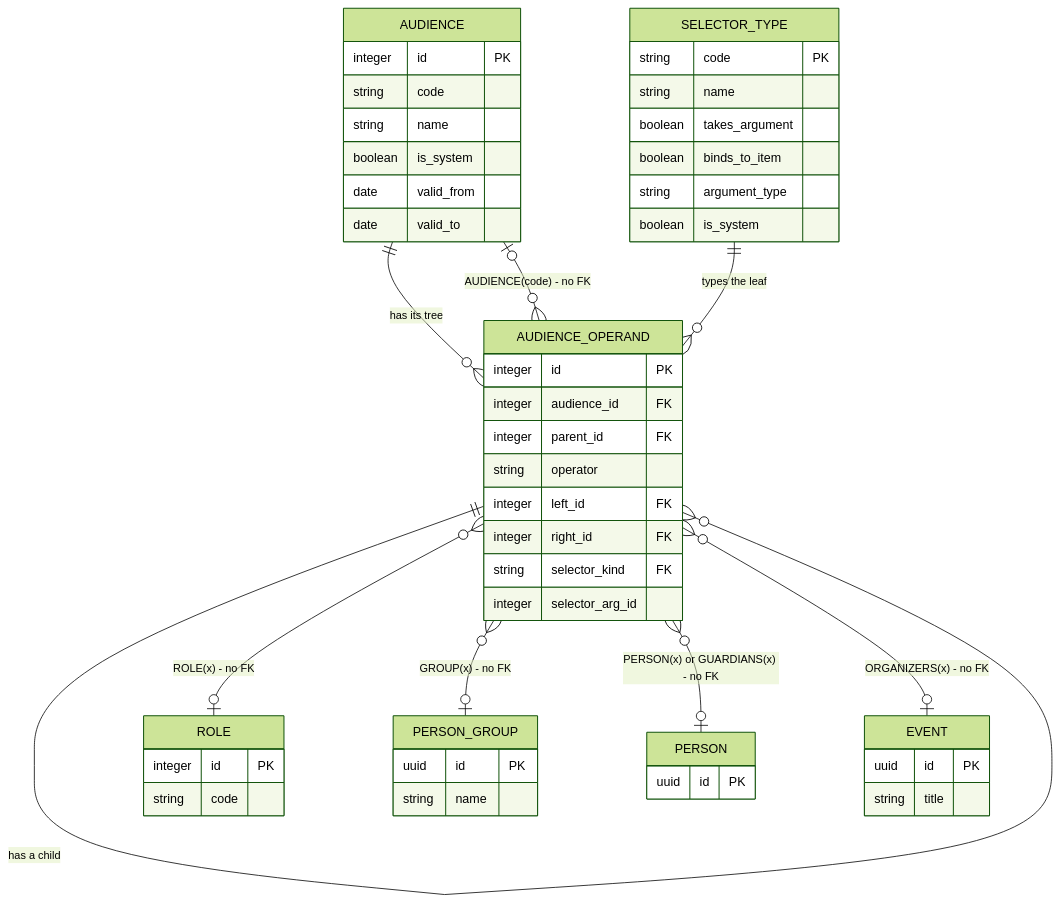
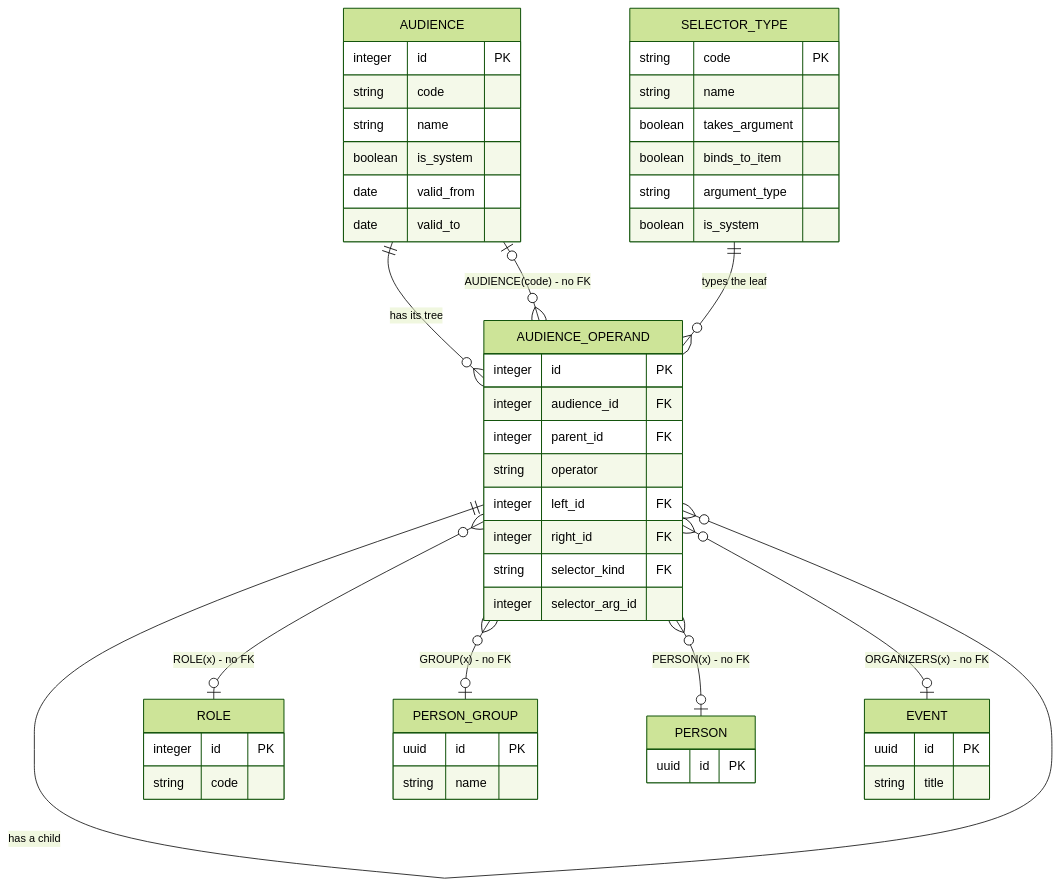
One commit to azduha/taborak-specification changed the seventh of 8 diagrams in docs/appendix/erd.md. Above: the diagram before and after it, drawn with Mermaid (forest theme). The commit also changed other lines of this file and 18 other files, not shown here.

````diff
--- a/docs/appendix/erd.md
+++ b/docs/appendix/erd.md
@@ -682,52 +692,52 @@
 ```mermaid
 erDiagram
     AUDIENCE {
         integer id PK
         string code
         string name
         boolean is_system
         date valid_from
         date valid_to
     }
     AUDIENCE_OPERAND {
         integer id PK
         integer audience_id FK
         integer parent_id FK
         string operator
         integer left_id FK
         integer right_id FK
         string selector_kind FK
         integer selector_arg_id
     }
     SELECTOR_TYPE {
         string code PK
         string name
         boolean takes_argument
         boolean binds_to_item
         string argument_type
         boolean is_system
     }
     ROLE {
         integer id PK
         string code
     }
     PERSON_GROUP {
         uuid id PK
         string name
     }
     PERSON {
         uuid id PK
     }
     EVENT {
         uuid id PK
         string title
     }
     AUDIENCE ||--o{ AUDIENCE_OPERAND : "has its tree"
     AUDIENCE_OPERAND ||--o{ AUDIENCE_OPERAND : "has a child"
     SELECTOR_TYPE ||--o{ AUDIENCE_OPERAND : "types the leaf"
     AUDIENCE_OPERAND }o--o| ROLE : "ROLE(x) - no FK"
     AUDIENCE_OPERAND }o--o| PERSON_GROUP : "GROUP(x) - no FK"
     AUDIENCE_OPERAND }o--o| AUDIENCE : "AUDIENCE(code) - no FK"
-    AUDIENCE_OPERAND }o--o| PERSON : "PERSON(x) or GUARDIANS(x) - no FK"
+    AUDIENCE_OPERAND }o--o| PERSON : "PERSON(x) - no FK"
     AUDIENCE_OPERAND }o--o| EVENT : "ORGANIZERS(x) - no FK"
 ```
````
